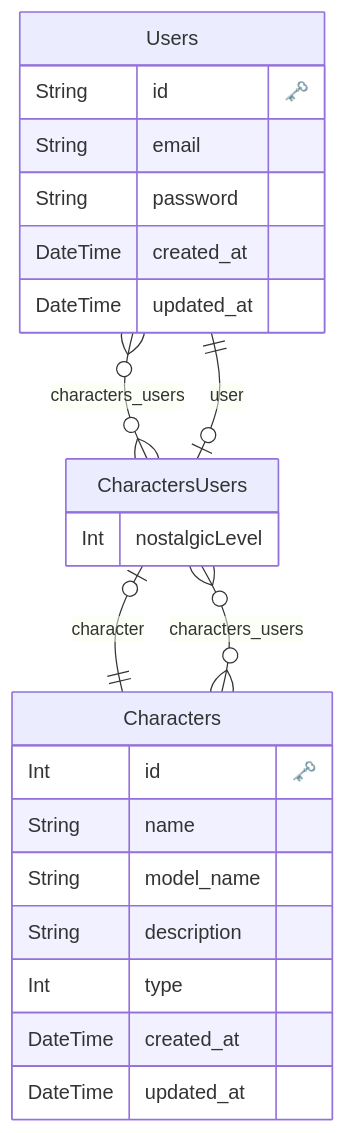
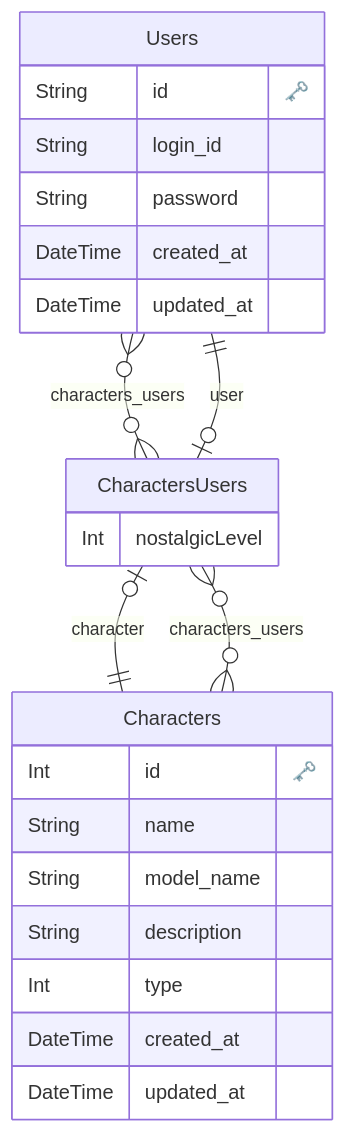
The diagram in prisma/erd.md (hal2024-HOLO-ME/holome-backend), drawn with Mermaid before and after one commit. The commit also changed 8 other files, not shown here.

````diff
--- a/prisma/erd.md
+++ b/prisma/erd.md
@@ -1,32 +1,32 @@
 ```mermaid
 erDiagram
 
   "Users" {
     String id "🗝️"
-    String email 
+    String login_id 
     String password 
     DateTime created_at 
     DateTime updated_at 
     }
   
 
   "Characters" {
     Int id "🗝️"
     String name 
     String model_name 
     String description 
     Int type 
     DateTime created_at 
     DateTime updated_at 
     }
   
 
   "CharactersUsers" {
     Int nostalgicLevel 
     }
   
     "Users" o{--}o "CharactersUsers" : "characters_users"
     "Characters" o{--}o "CharactersUsers" : "characters_users"
     "CharactersUsers" o|--|| "Users" : "user"
     "CharactersUsers" o|--|| "Characters" : "character"
 ```
````
